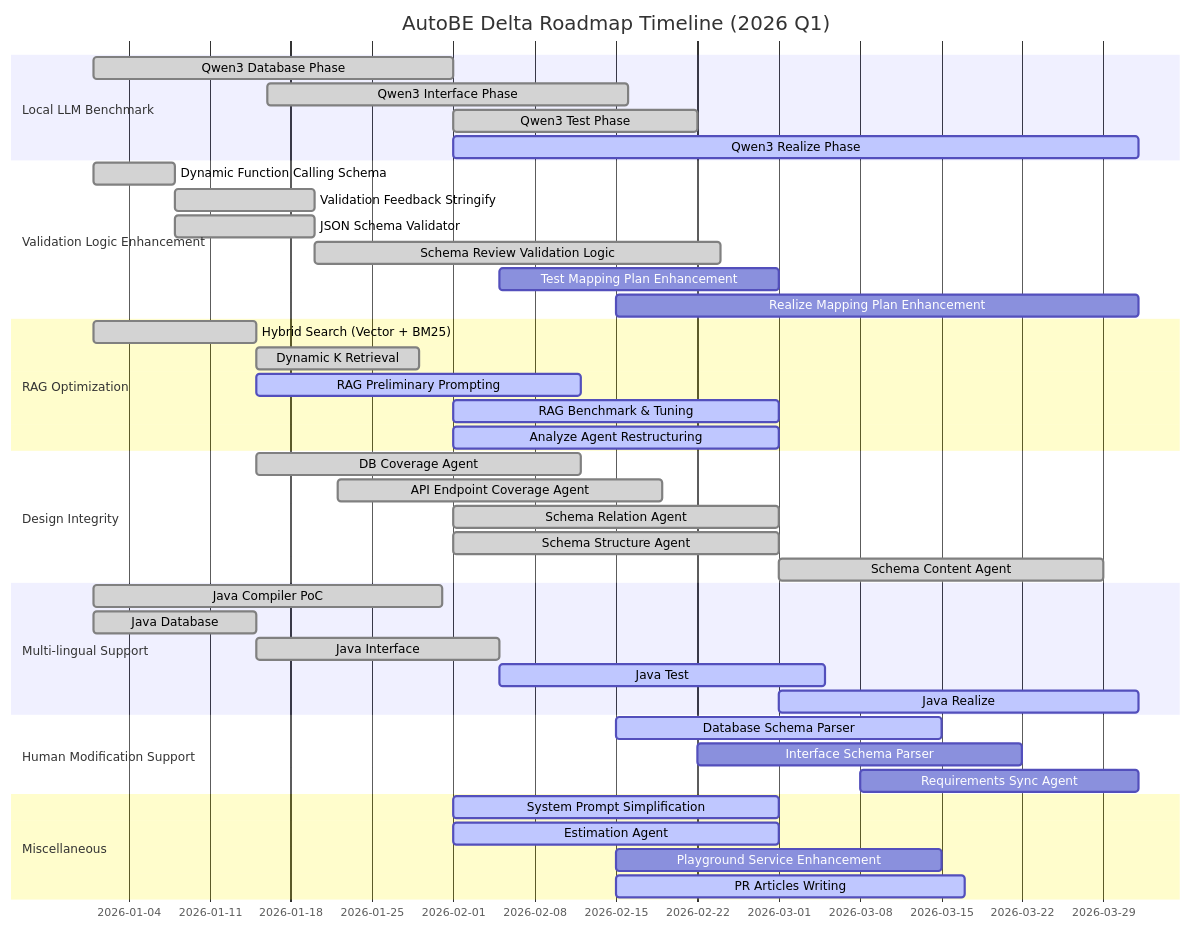
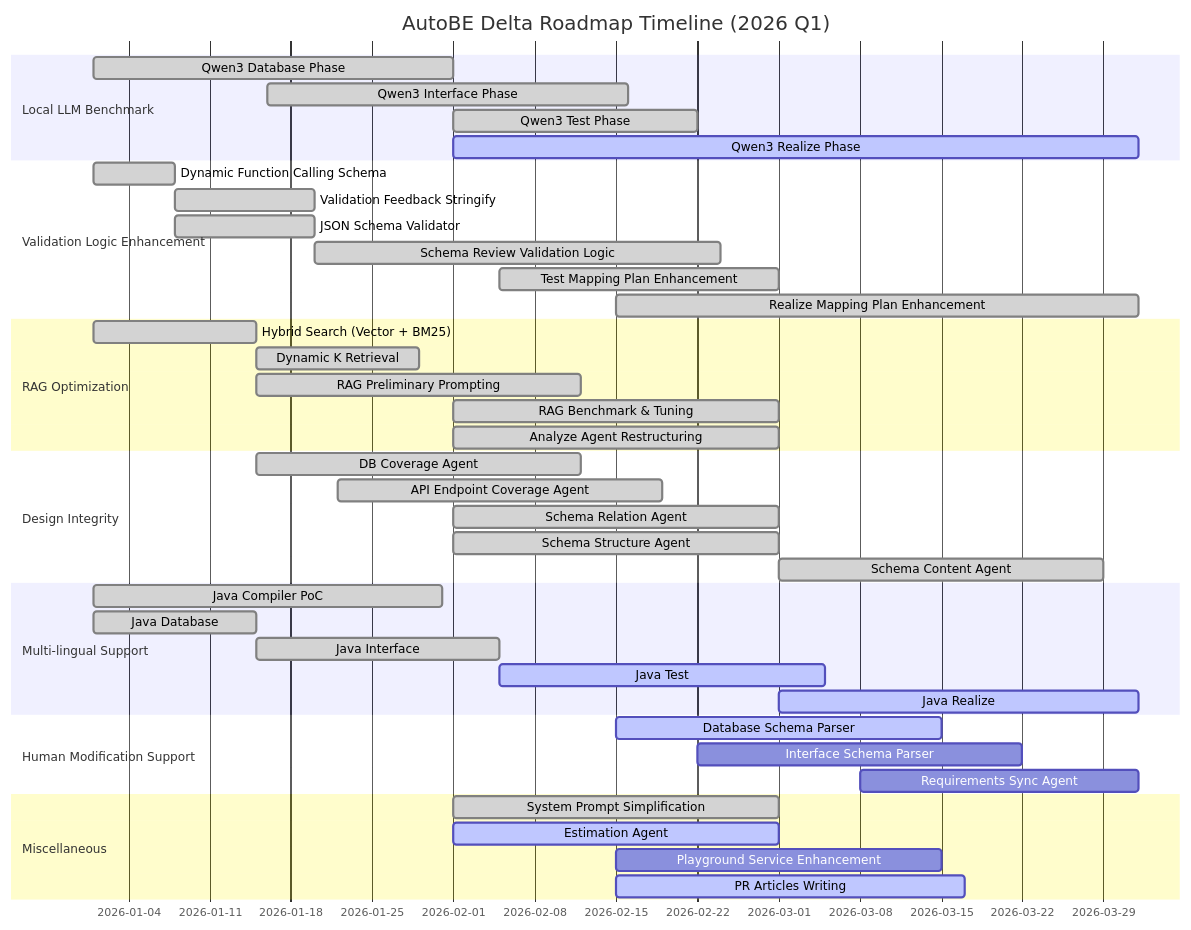
One commit to RavenView-ai/autobe changed the second of 2 diagrams in README.md. Above: the diagram before and after it, drawn with Mermaid. The commit also changed 20 other files, not shown here.

First line of the commit message:
feat(agent): integrate interface schema review agents. (#1143)

````diff
--- a/README.md
+++ b/README.md
@@ -176,51 +176,51 @@
 ```mermaid
 gantt
   dateFormat YYYY-MM-DD
   title AutoBE Delta Roadmap Timeline (2026 Q1)
 
   section Local LLM Benchmark
   Qwen3 Database Phase             : done,    2026-01-01, 31d
   Qwen3 Interface Phase            : done,    2026-01-16, 31d
   Qwen3 Test Phase                 : done,    2026-02-01, 21d
   Qwen3 Realize Phase              : active,  2026-02-01, 59d
 
   section Validation Logic Enhancement
-  Dynamic Function Calling Schema  : done,    2026-01-01, 7d
-  Validation Feedback Stringify    : done,    2026-01-08, 12d
-  JSON Schema Validator            : done,    2026-01-08, 12d
-  Schema Review Validation Logic   : done,    2026-01-20, 35d
-  Test Mapping Plan Enhancement    : planned, 2026-02-05, 24d
-  Realize Mapping Plan Enhancement : planned, 2026-02-15, 45d
+  Dynamic Function Calling Schema  : done, 2026-01-01, 7d
+  Validation Feedback Stringify    : done, 2026-01-08, 12d
+  JSON Schema Validator            : done, 2026-01-08, 12d
+  Schema Review Validation Logic   : done, 2026-01-20, 35d
+  Test Mapping Plan Enhancement    : done, 2026-02-05, 24d
+  Realize Mapping Plan Enhancement : done, 2026-02-15, 45d
 
   section RAG Optimization
-  Hybrid Search (Vector + BM25)    : done,    2026-01-01, 14d
-  Dynamic K Retrieval              : done,    2026-01-15, 14d
-  RAG Preliminary Prompting        : active,  2026-01-15, 28d
-  RAG Benchmark & Tuning           : active,  2026-02-01, 28d
-  Analyze Agent Restructuring      : active,  2026-02-01, 28d
+  Hybrid Search (Vector + BM25)    : done, 2026-01-01, 14d
+  Dynamic K Retrieval              : done, 2026-01-15, 14d
+  RAG Preliminary Prompting        : done, 2026-01-15, 28d
+  RAG Benchmark & Tuning           : done, 2026-02-01, 28d
+  Analyze Agent Restructuring      : done, 2026-02-01, 28d
 
   section Design Integrity
-  DB Coverage Agent                : done,    2026-01-15, 28d
-  API Endpoint Coverage Agent      : done,    2026-01-22, 28d
-  Schema Relation Agent            : done,    2026-02-01, 28d
-  Schema Structure Agent           : done,    2026-02-01, 28d
-  Schema Content Agent             : done,    2026-03-01, 28d
+  DB Coverage Agent                : done, 2026-01-15, 28d
+  API Endpoint Coverage Agent      : done, 2026-01-22, 28d
+  Schema Relation Agent            : done, 2026-02-01, 28d
+  Schema Structure Agent           : done, 2026-02-01, 28d
+  Schema Content Agent             : done, 2026-03-01, 28d
 
   section Multi-lingual Support
-  Java Compiler PoC                : done,    2026-01-01, 30d
-  Java Database                    : done,    2026-01-01, 14d
-  Java Interface                   : done,    2026-01-15, 21d
-  Java Test                        : active,  2026-02-05, 28d
-  Java Realize                     : active,  2026-03-01, 31d
+  Java Compiler PoC                : done,   2026-01-01, 30d
+  Java Database                    : done,   2026-01-01, 14d
+  Java Interface                   : done,   2026-01-15, 21d
+  Java Test                        : active, 2026-02-05, 28d
+  Java Realize                     : active, 2026-03-01, 31d
 
   section Human Modification Support
   Database Schema Parser           : active,  2026-02-15, 28d
   Interface Schema Parser          : planned, 2026-02-22, 28d
   Requirements Sync Agent          : planned, 2026-03-08, 24d
 
   section Miscellaneous
-  System Prompt Simplification     : active,  2026-02-01, 28d
+  System Prompt Simplification     : done,    2026-02-01, 28d
   Estimation Agent                 : active,  2026-02-01, 28d
   Playground Service Enhancement   : planned, 2026-02-15, 28d
   PR Articles Writing              : active,  2026-02-15, 30d
 ```
````
